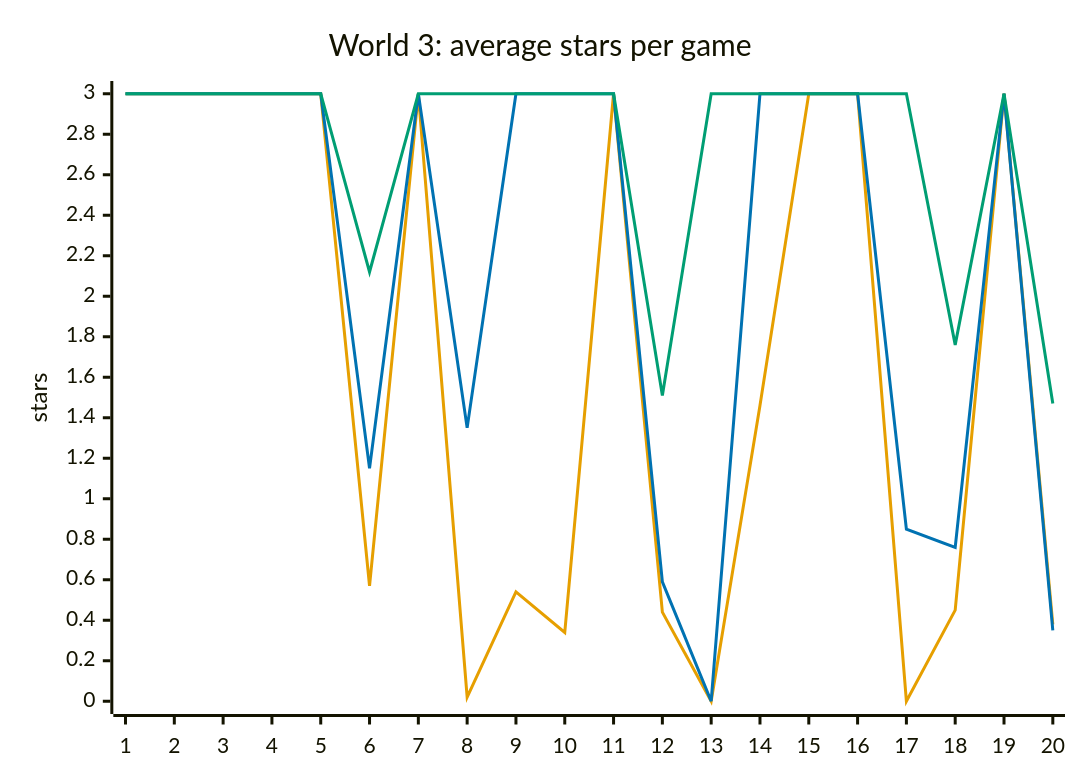
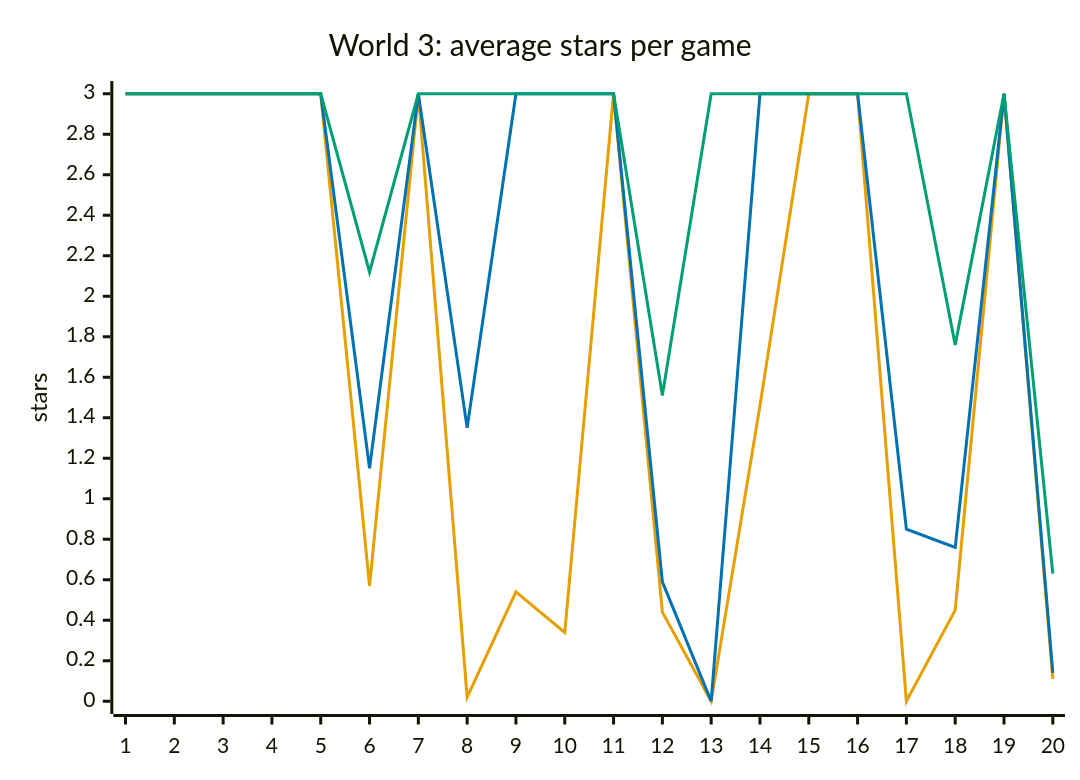
The sixth of 8 diagrams in docs/design/difficulty.md (Pavelya/dots), drawn with Mermaid before and after one commit. The commit also changed other lines of this file and 35 other files, not shown here.

````diff
--- a/docs/design/difficulty.md
+++ b/docs/design/difficulty.md
@@ -217,10 +222,10 @@
 ```mermaid
 %%{init: {"themeVariables": {"xyChart": {"plotColorPalette": "#E69F00, #0072B2, #009E73, #999999"}}}}%%
 xychart-beta
     title "World 3: average stars per game"
     x-axis ["1", "2", "3", "4", "5", "6", "7", "8", "9", "10", "11", "12", "13", "14", "15", "16", "17", "18", "19", "20"]
     y-axis "stars" 0 --> 3
-    line [3.00, 3.00, 3.00, 3.00, 3.00, 0.57, 3.00, 0.02, 0.54, 0.34, 3.00, 0.44, 0.00, 1.46, 3.00, 3.00, 0.00, 0.45, 3.00, 0.38]
-    line [3.00, 3.00, 3.00, 3.00, 3.00, 1.15, 3.00, 1.35, 3.00, 3.00, 3.00, 0.59, 0.00, 3.00, 3.00, 3.00, 0.85, 0.76, 3.00, 0.35]
-    line [3.00, 3.00, 3.00, 3.00, 3.00, 2.12, 3.00, 3.00, 3.00, 3.00, 3.00, 1.51, 3.00, 3.00, 3.00, 3.00, 3.00, 1.76, 3.00, 1.47]
+    line [3.00, 3.00, 3.00, 3.00, 3.00, 0.57, 3.00, 0.02, 0.54, 0.34, 3.00, 0.44, 0.00, 1.46, 3.00, 3.00, 0.00, 0.45, 3.00, 0.11]
+    line [3.00, 3.00, 3.00, 3.00, 3.00, 1.15, 3.00, 1.35, 3.00, 3.00, 3.00, 0.59, 0.00, 3.00, 3.00, 3.00, 0.85, 0.76, 3.00, 0.14]
+    line [3.00, 3.00, 3.00, 3.00, 3.00, 2.12, 3.00, 3.00, 3.00, 3.00, 3.00, 1.51, 3.00, 3.00, 3.00, 3.00, 3.00, 1.76, 3.00, 0.63]
 ```
````
